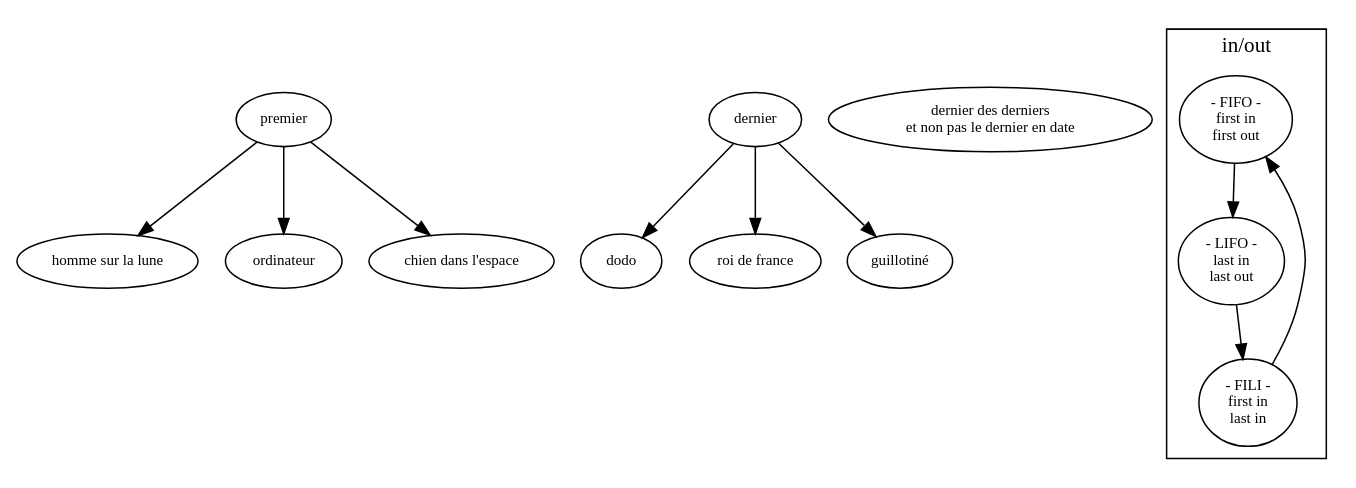
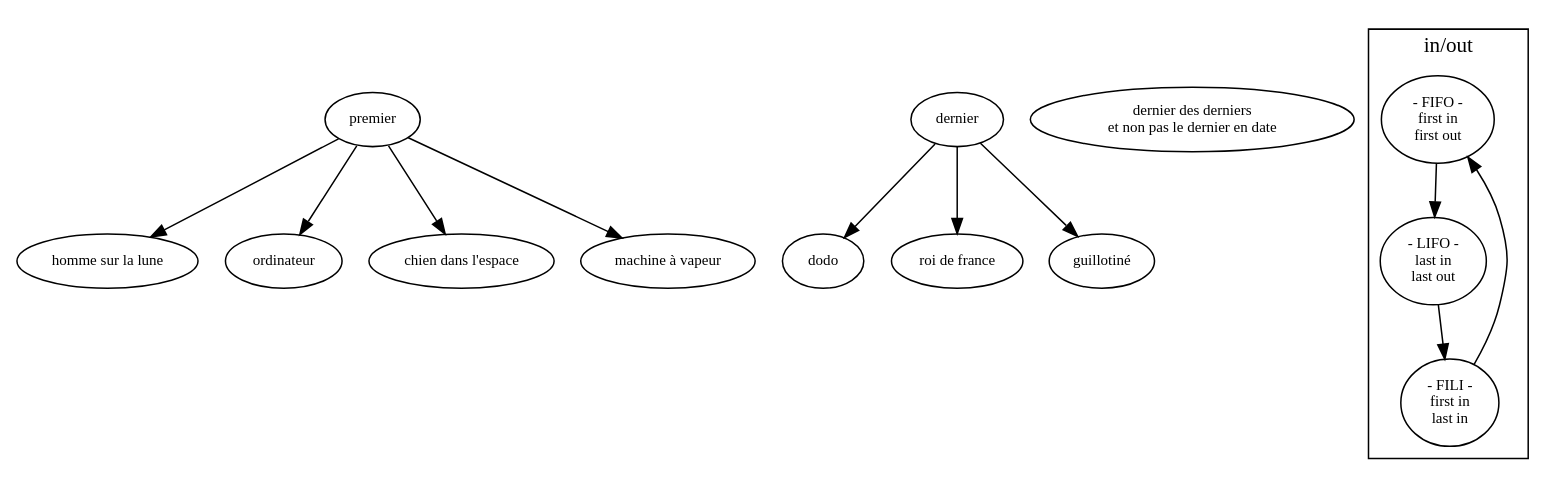
The diagram in sujet.dot (ensad-nancy/first-last), drawn with Graphviz before and after one commit.

Commit message:
+	first -> "machine à vapeur"

```diff
--- a/sujet.dot
+++ b/sujet.dot
@@ -1,33 +1,34 @@
 digraph {
 
 	fontname="myriadpro"
 	fontsize = 14
 	
 	node [fontname="myriadpro", fontsize = 10]
 	edge [fontname="monaco", fontsize = 9]
 	
 	first [label="premier"]
 	last [label="dernier"]
 	
 	"dernier des derniers\n et non pas le dernier en date" 
 
 	first -> "homme sur la lune"
 	first -> "ordinateur"
 	first -> "chien dans l'espace"
+	first -> "machine à vapeur"
 	
 	last -> dodo
 	last -> "roi de france"
 	last -> "guillotiné"
 
 	subgraph cluster_FO{
 	
 		label="in/out"
 		
 		FIFO [label="- FIFO -\nfirst in\nfirst out"]
 		LIFO [label="- LIFO -\nlast in\nlast out"]
 		FILI [label="- FILI -\nfirst in\n last in"]
 
 		FILI -> FIFO -> LIFO -> FILI
 	}
 	
 }
```
